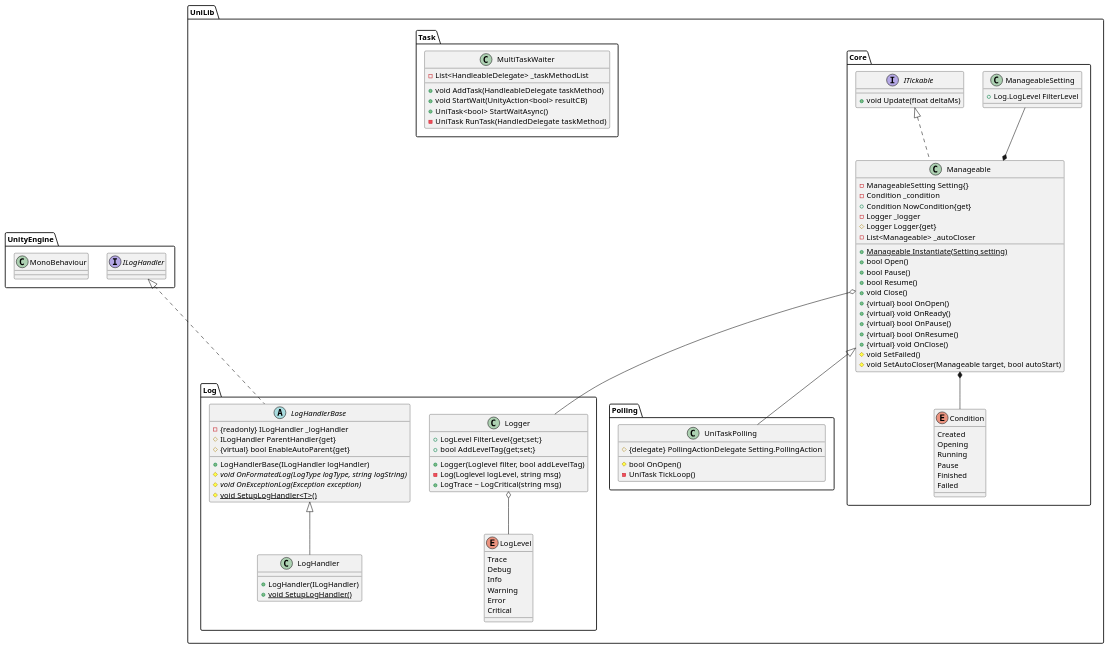
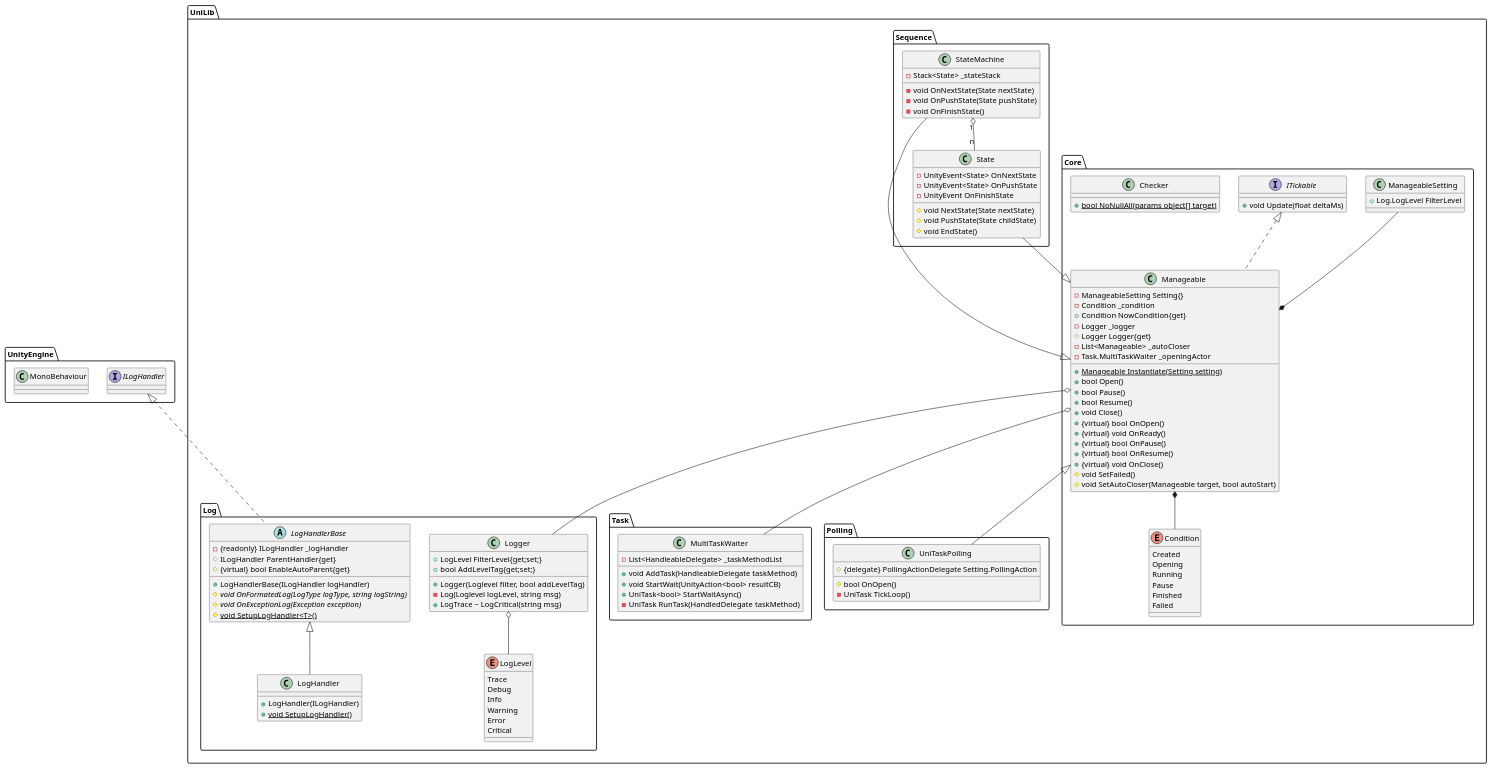
The diagram in README.md (j-sato-t/unity_libs), drawn with PlantUML before and after one commit. The commit also changed other lines of this file and 2 other files, not shown here.

Commit message:
add null checker

```diff
--- a/README.md
+++ b/README.md
@@ -67,6 +67,7 @@
         - Logger _logger
         # Logger Logger{get}
         - List<Manageable> _autoCloser
+        - Task.MultiTaskWaiter _openingActor
 
 
         + {static} Manageable Instantiate(Setting setting)
@@ -86,9 +87,14 @@
     Manageable o-- Logger
     ManageableSetting --* Manageable
     ITickable <|.. Manageable
+    Manageable o-- UniLib.Task.MultiTaskWaiter
 
     interface ITickable{
         + void Update(float deltaMs)
+    }
+
+    class Checker{
+        + {static} bool NoNullAll(params object[] target)
     }
 }
 
@@ -112,6 +118,33 @@
     }
 }
 
+package Sequence{
+    class State{
+        - UnityEvent<State> OnNextState
+        - UnityEvent<State> OnPushState
+        - UnityEvent OnFinishState
+
+        # void NextState(State nextState)
+        # void PushState(State childState)
+        # void EndState()
+    }
+    State --|> Manageable
+
+    class StateMachine{
+        - Stack<State> _stateStack
+        
+        - void OnNextState(State nextState)
+        - void OnPushState(State pushState)
+        - void OnFinishState()
+    }
+    StateMachine --|> Manageable
+
+    StateMachine "1" o-- "n" State
+}
+
+
+
+
 
 
 
```
